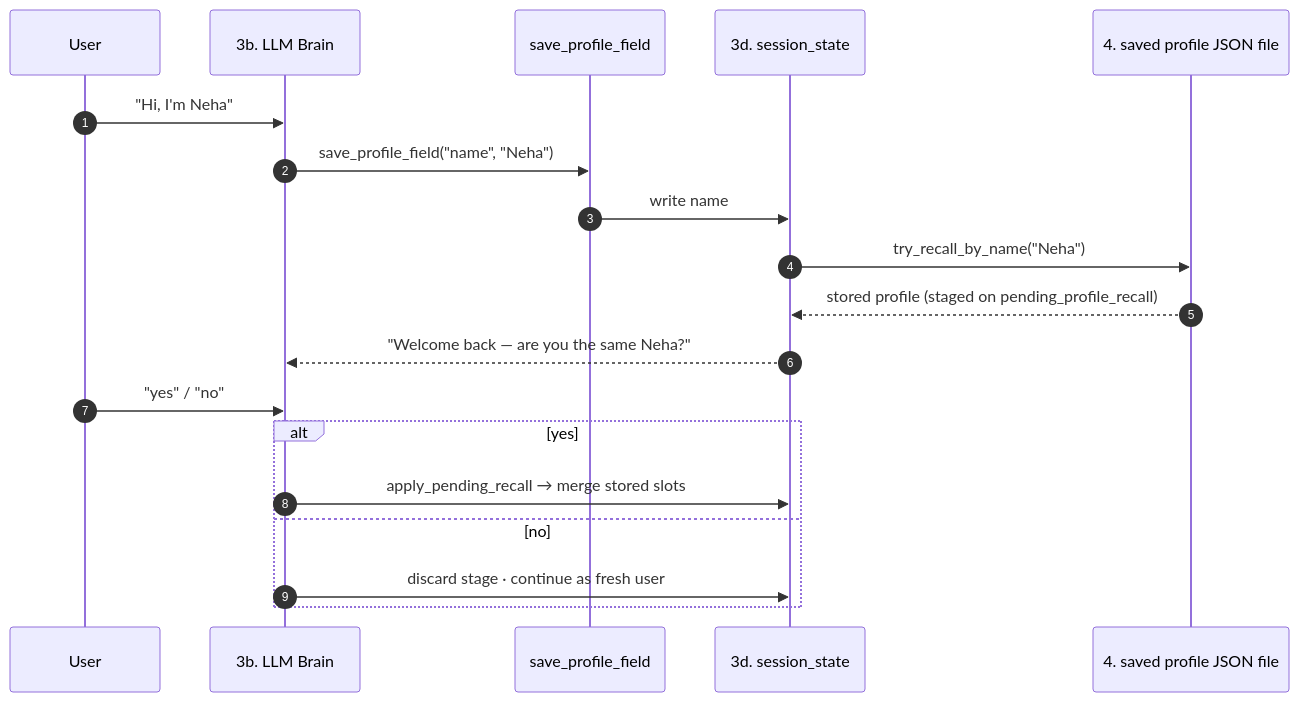
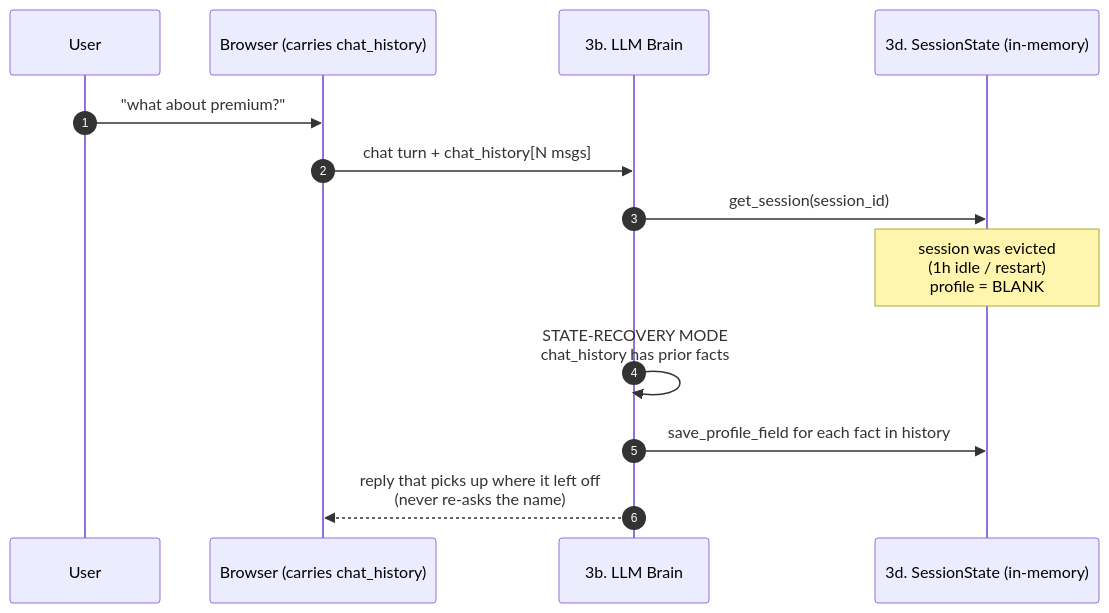
Before and after one commit to rohitsar567/insurance-sales-bot: diagram 16 of 16 in README.md, drawn with Mermaid. The commit also changed other lines of this file and 31 other files, not shown here.

First line of the commit message:
feat!: remove cross-session profile recall (ADR-043) — net −3700 LOC

````diff
--- a/README.md
+++ b/README.md
@@ -829,21 +811,15 @@
 ```mermaid
 sequenceDiagram
     autonumber
     participant U as User
+    participant Br as Browser (carries chat_history)
     participant B as 3b. LLM Brain
-    participant T as save_profile_field
-    participant S as 3d. session_state
-    participant D as 4. saved profile JSON file
-    U->>B: "Hi, I'm Neha"
-    B->>T: save_profile_field("name", "Neha")
-    T->>S: write name
-    S->>D: try_recall_by_name("Neha")
-    D-->>S: stored profile (staged on pending_profile_recall)
-    S-->>B: "Welcome back — are you the same Neha?"
-    U->>B: "yes" / "no"
-    alt yes
-        B->>S: apply_pending_recall → merge stored slots
-    else no
-        B->>S: discard stage · continue as fresh user
-    end
+    participant S as 3d. SessionState (in-memory)
+    U->>Br: "what about premium?"
+    Br->>B: chat turn + chat_history[N msgs]
+    B->>S: get_session(session_id)
+    Note over S: session was evicted<br/>(1h idle / restart)<br/>profile = BLANK
+    B->>B: STATE-RECOVERY MODE<br/>chat_history has prior facts
+    B->>S: save_profile_field for each fact in history
+    B-->>Br: reply that picks up where it left off<br/>(never re-asks the name)
 ```
````
